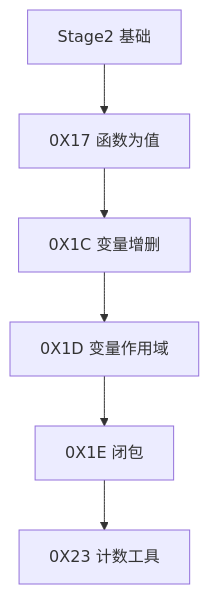
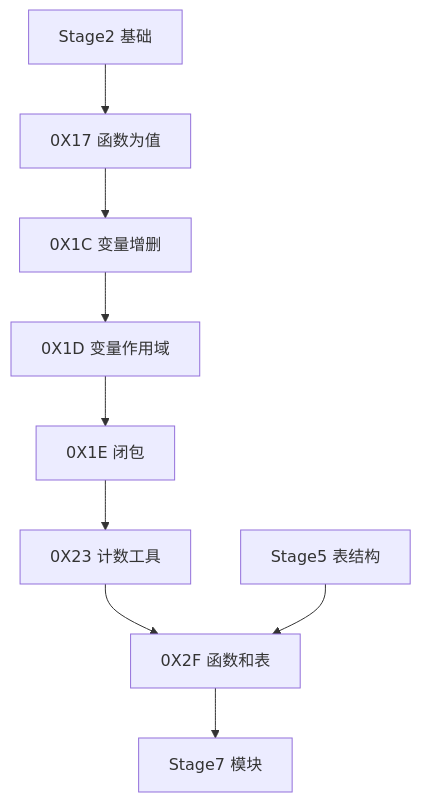
The sixth of 9 diagrams in 目录.md (ZhiZe-ZG/TXLuaLesson), drawn with Mermaid before and after one commit. The commit also changed other lines of this file and 9 other files, not shown here.

````diff
--- a/目录.md
+++ b/目录.md
@@ -167,15 +167,21 @@
 ```mermaid
-graph TD;
+graph TD
     S2[Stage2 基础]
+    S5[Stage5 表结构]
+    S7[Stage7 模块]
     C17[0X17 函数为值]
     C1C[0X1C 变量增删]
     C1D[0X1D 变量作用域]
     C1E[0X1E 闭包]
     C23[0X23 计数工具]
+    C2F[0X2F 函数和表]
 
     S2-->C17
     C17-->C1C
     C1C-->C1D
     C1D-->C1E
     C1E-->C23
+    C23-->C2F
+    S5-->C2F
+    C2F-->S7
 ```
````
